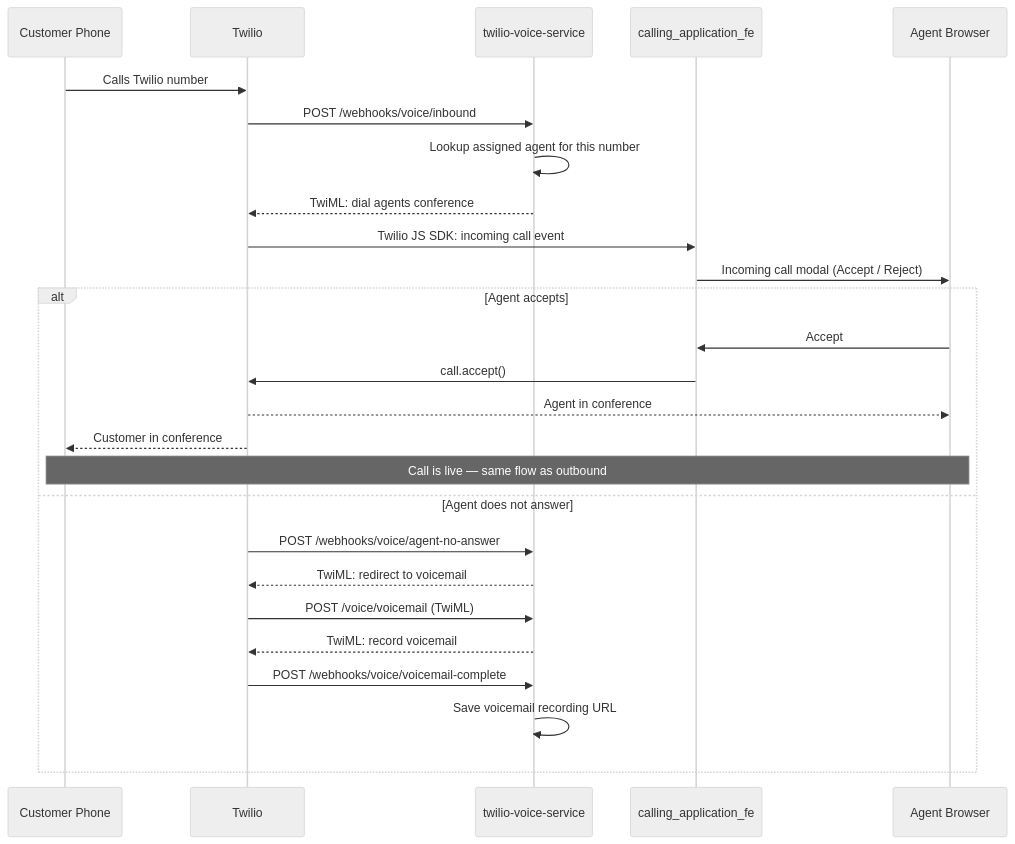
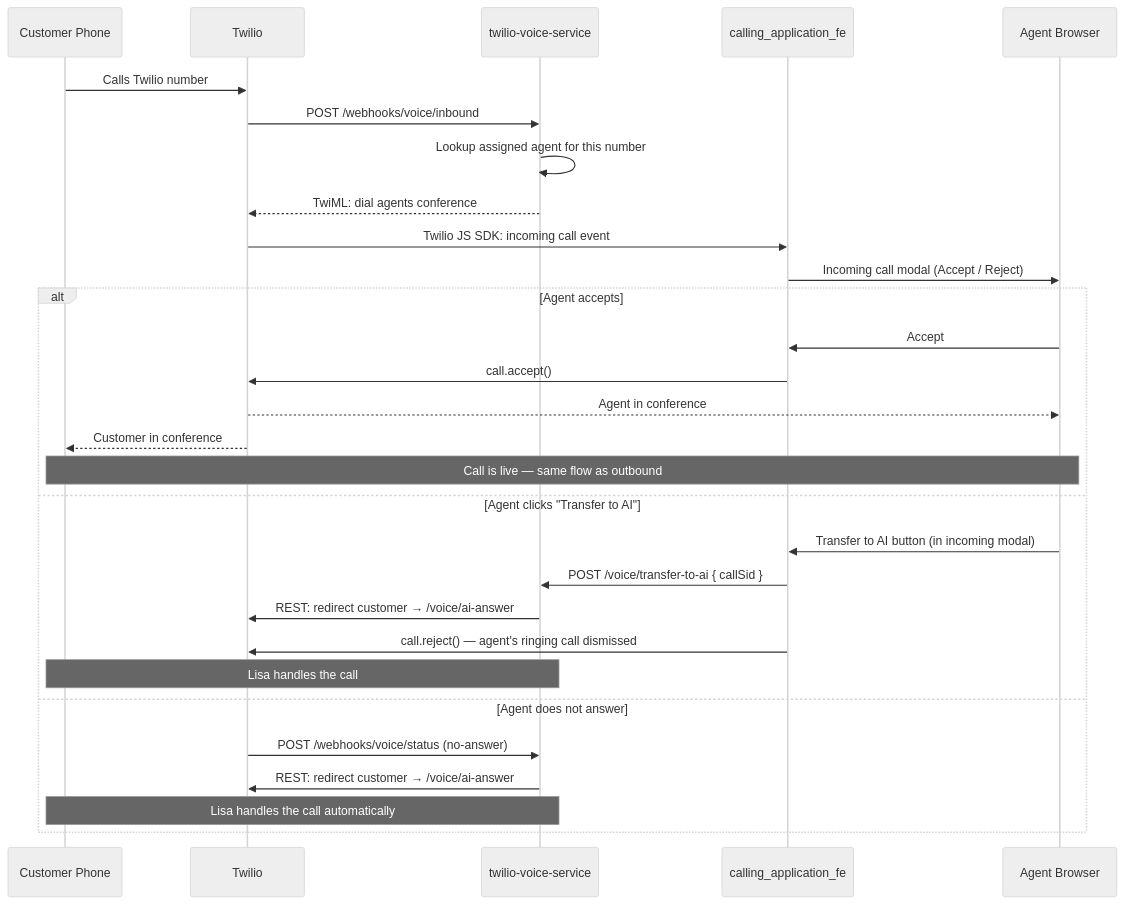
The third of 4 diagrams in Calling Application/Call Lifecycle.md (ramitgupta195/obsidian-vault), drawn with Mermaid (neutral theme) before and after one commit. The commit also changed other lines of this file and 4 other files, not shown here.

Commit message:
Update docs: Lisa AI agent, Transfer to AI, supervisor listen fixes

````diff
--- a/Calling Application/Call Lifecycle.md
+++ b/Calling Application/Call Lifecycle.md
@@ -72,30 +116,33 @@
 ```mermaid
 sequenceDiagram
     participant CU as Customer Phone
     participant TW as Twilio
     participant BE as twilio-voice-service
     participant FE as calling_application_fe
     participant AG as Agent Browser
 
     CU->>TW: Calls Twilio number
     TW->>BE: POST /webhooks/voice/inbound
     BE->>BE: Lookup assigned agent for this number
     BE-->>TW: TwiML: dial agents conference
     TW->>FE: Twilio JS SDK: incoming call event
     FE->>AG: Incoming call modal (Accept / Reject)
 
     alt Agent accepts
         AG->>FE: Accept
         FE->>TW: call.accept()
         TW-->>AG: Agent in conference
         TW-->>CU: Customer in conference
         Note over AG,CU: Call is live — same flow as outbound
+    else Agent clicks "Transfer to AI"
+        AG->>FE: Transfer to AI button (in incoming modal)
+        FE->>BE: POST /voice/transfer-to-ai { callSid }
+        BE->>TW: REST: redirect customer → /voice/ai-answer
+        FE->>TW: call.reject() — agent's ringing call dismissed
+        Note over CU,BE: Lisa handles the call
     else Agent does not answer
-        TW->>BE: POST /webhooks/voice/agent-no-answer
-        BE-->>TW: TwiML: redirect to voicemail
-        TW->>BE: POST /voice/voicemail (TwiML)
-        BE-->>TW: TwiML: record voicemail
-        TW->>BE: POST /webhooks/voice/voicemail-complete
-        BE->>BE: Save voicemail recording URL
+        TW->>BE: POST /webhooks/voice/status (no-answer)
+        BE->>TW: REST: redirect customer → /voice/ai-answer
+        Note over CU,BE: Lisa handles the call automatically
     end
 ```
````
